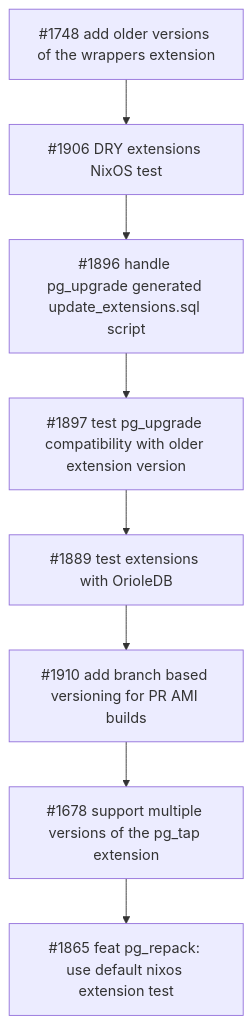
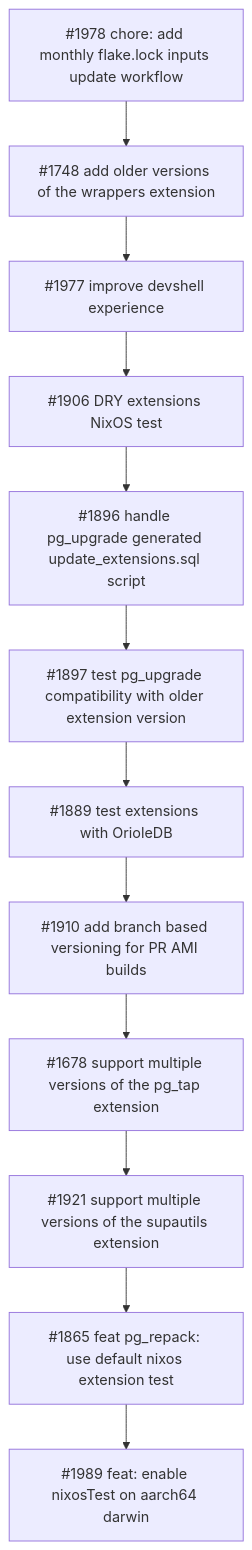
The second of 3 diagrams in nix/docs/ROADMAP.md (supabase/postgres), drawn with Mermaid before and after one commit. The commit also changed other lines of this file, not shown here.

````diff
--- a/nix/docs/ROADMAP.md
+++ b/nix/docs/ROADMAP.md
@@ -77,30 +77,38 @@
 ```mermaid
 graph TD
     %% nixpkgs update
 
     %% testing
     1906[#1906 DRY extensions NixOS test]
+    1921[#1921 support multiple versions of the supautils extension]
     1896[#1896 handle pg_upgrade generated update_extensions.sql script]
     1897[#1897 test pg_upgrade compatibility with older extension version]
     1889[#1889 test extensions with OrioleDB]
     1865[#1865 feat pg_repack: use default nixos extension test]
+    1977[#1977 improve devshell experience]
+    1978[#1978 chore: add monthly flake.lock inputs update workflow]
+    1989[#1989 feat: enable nixosTest on aarch64 darwin]
 
     click 1906 "https://github.com/supabase/postgres/pull/1906" "Open PR #1906"
     click 1896 "https://github.com/supabase/postgres/pull/1896" "Open PR #1896"
     click 1897 "https://github.com/supabase/postgres/pull/1897" "Open PR #1897"
     click 1889 "https://github.com/supabase/postgres/pull/1889" "Open PR #1889"
     click 1865 "https://github.com/supabase/postgres/pull/1865" "Open PR #1865"
+    click 1921 "https://github.com/supabase/postgres/pull/1921" "Open PR #1921"
+    click 1977 "https://github.com/supabase/postgres/pull/1977" "Open PR #1877"
+    click 1978 "https://github.com/supabase/postgres/pull/1978" "Open PR #1978"
+    click 1989 "https://github.com/supabase/postgres/pull/1889" "Open PR #1989"
 
     %% multi-versions
     1748[#1748 add older versions of the wrappers extension]
     1678[#1678 support multiple versions of the pg_tap extension]
 
     click 1748 "https://github.com/supabase/postgres/pull/1748" "Open PR #1748"
     click 1678 "https://github.com/supabase/postgres/pull/1678" "Open PR #1678"
 
     %% gh workflow
     1910[#1910 add branch based versioning for PR AMI builds]
     click 1910 "https://github.com/supabase/postgres/pull/1910" "Open PR #1910"
 
-    1748 --> 1906 --> 1896 --> 1897 --> 1889 --> 1910 --> 1678 --> 1865
+    1978 --> 1748 --> 1977 --> 1906 --> 1896 --> 1897 --> 1889 --> 1910 --> 1678 --> 1921 --> 1865 --> 1989
 ```
````
